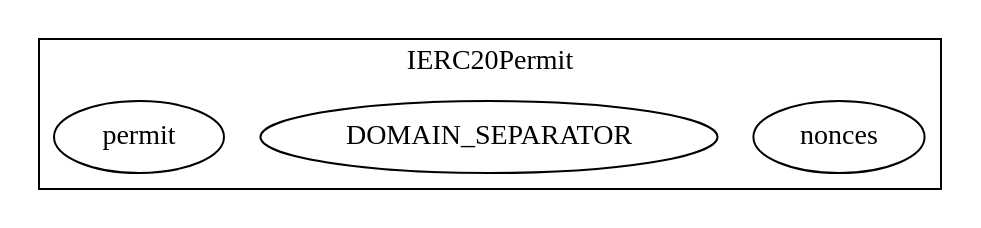
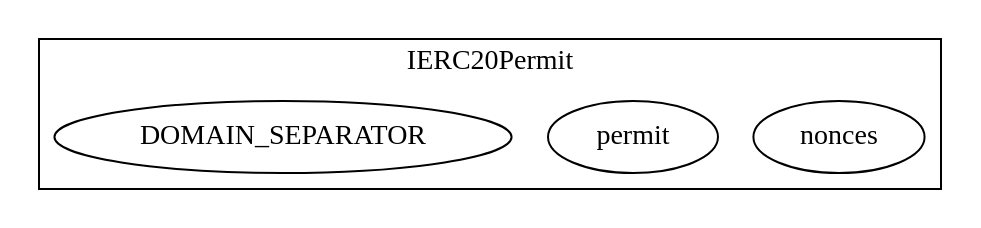
The diagram in contracts/RestakeManager.sol.IERC20Permit.call-graph.dot (hoseadevops/Renzo-Protocol-online-test), drawn with Graphviz before and after one commit. The commit also changed other lines of this file and 22 other files, not shown here.

```diff
--- a/contracts/RestakeManager.sol.IERC20Permit.call-graph.dot
+++ b/contracts/RestakeManager.sol.IERC20Permit.call-graph.dot
@@ -1,10 +1,10 @@
 strict digraph {
 subgraph cluster_3908_IERC20Permit {
 label = "IERC20Permit"
 "3908_nonces" [label="nonces"]
+"3908_permit" [label="permit"]
 "3908_DOMAIN_SEPARATOR" [label="DOMAIN_SEPARATOR"]
-"3908_permit" [label="permit"]
 }subgraph cluster_solidity {
 label = "[Solidity]"
 }
 }
```
